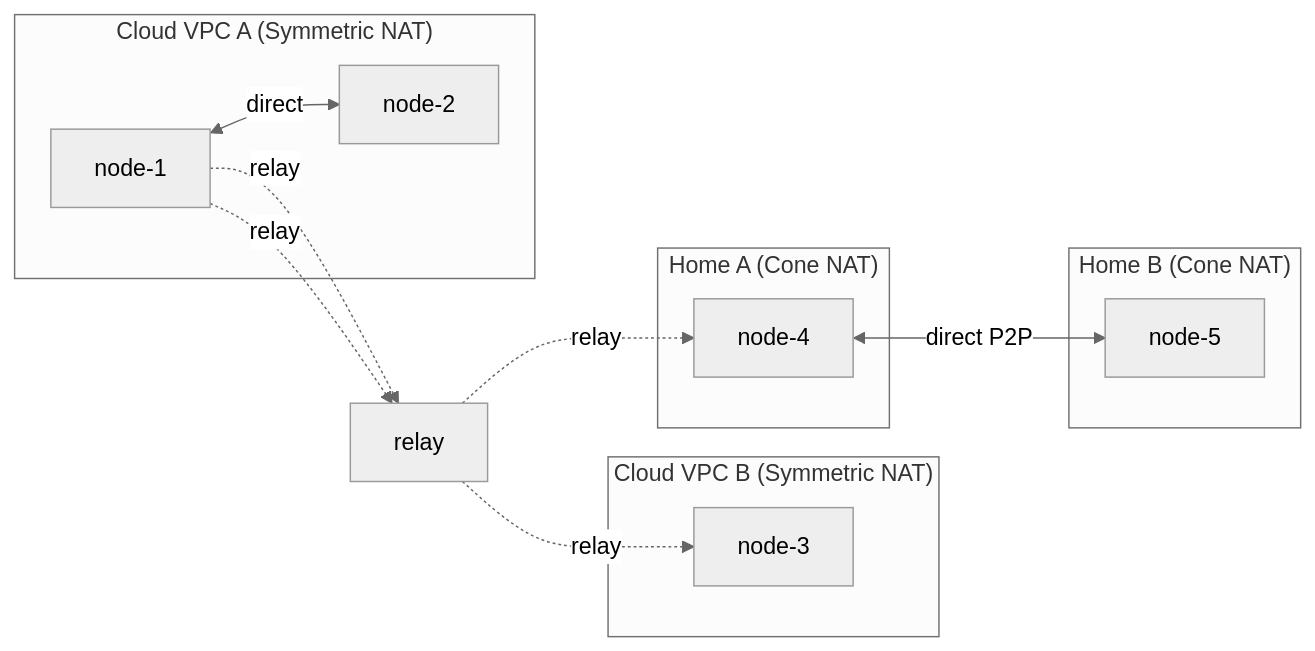
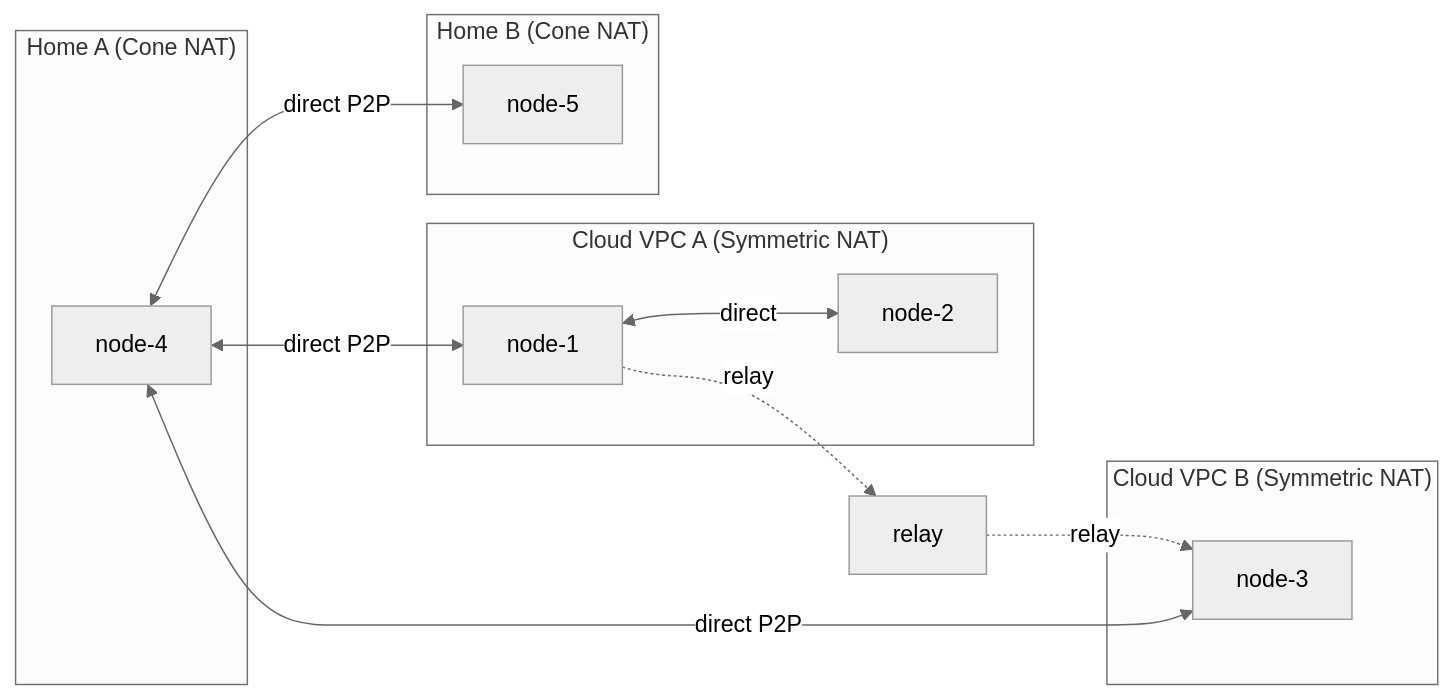
The diagram in docs/index.md (inerplat/wirekube), drawn with Mermaid (neutral theme) before and after one commit. The commit also changed other lines of this file and 9 other files, not shown here.

````diff
--- a/docs/index.md
+++ b/docs/index.md
@@ -23,23 +23,22 @@
 ```mermaid
 flowchart LR
     subgraph VPC-A["Cloud VPC A (Symmetric NAT)"]
         N1[node-1]
         N2[node-2]
     end
     subgraph VPC-B["Cloud VPC B (Symmetric NAT)"]
         N3[node-3]
     end
     subgraph Home-A["Home A (Cone NAT)"]
         N4[node-4]
     end
     subgraph Home-B["Home B (Cone NAT)"]
         N5[node-5]
     end
     R[relay]
     N1 <-->|direct| N2
-    N1 -.->|relay| R
-    R -.->|relay| N3
-    N1 -.->|relay| R
-    R -.->|relay| N4
+    N1 -.->|relay| R -.->|relay| N3
+    N4 <-->|direct P2P| N1
+    N4 <-->|direct P2P| N3
     N4 <-->|direct P2P| N5
 ```
````
